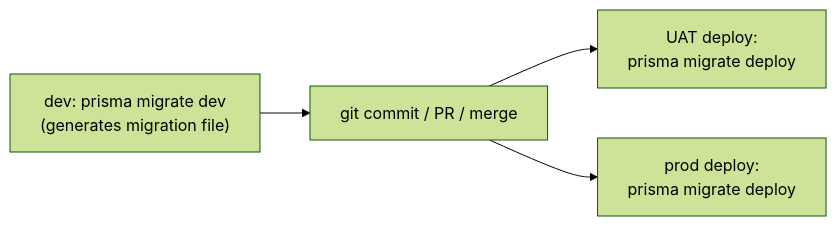
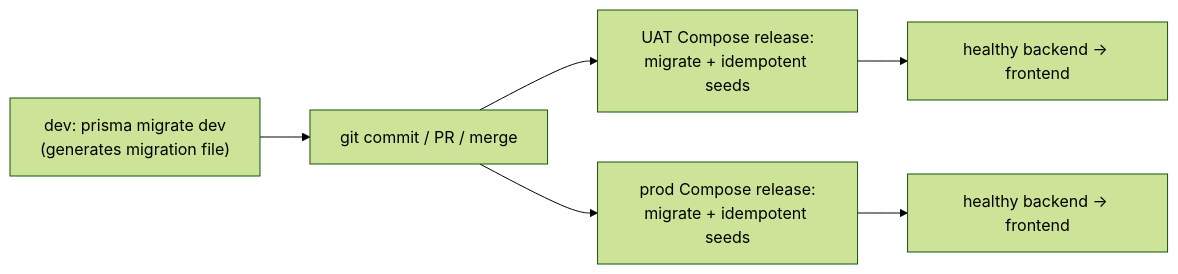
One commit to Shagon1k/TailorTales changed the diagram in ROADMAP.md. Above: the diagram before and after it, drawn with Mermaid (forest theme). The commit also changed other lines of this file and 12 other files, not shown here.

````diff
--- a/ROADMAP.md
+++ b/ROADMAP.md
@@ -1148,6 +1152,8 @@
 ```mermaid
 flowchart LR
   A["dev: prisma migrate dev<br/>(generates migration file)"] --> B[git commit / PR / merge]
-  B --> C["UAT deploy:<br/>prisma migrate deploy"]
-  B --> D["prod deploy:<br/>prisma migrate deploy"]
+  B --> C["UAT Compose release:<br/>migrate + idempotent seeds"]
+  B --> D["prod Compose release:<br/>migrate + idempotent seeds"]
+  C --> E["healthy backend → frontend"]
+  D --> F["healthy backend → frontend"]
 ```
````
